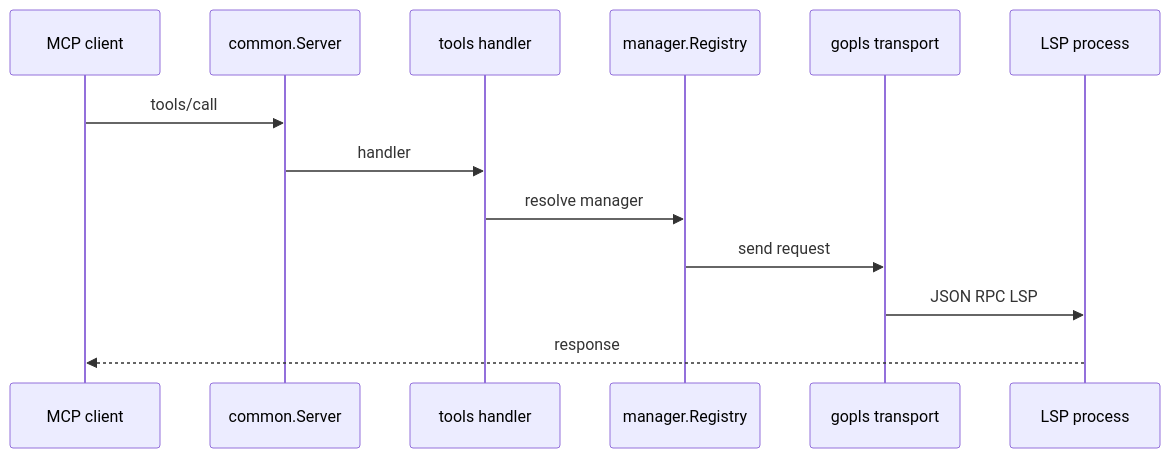
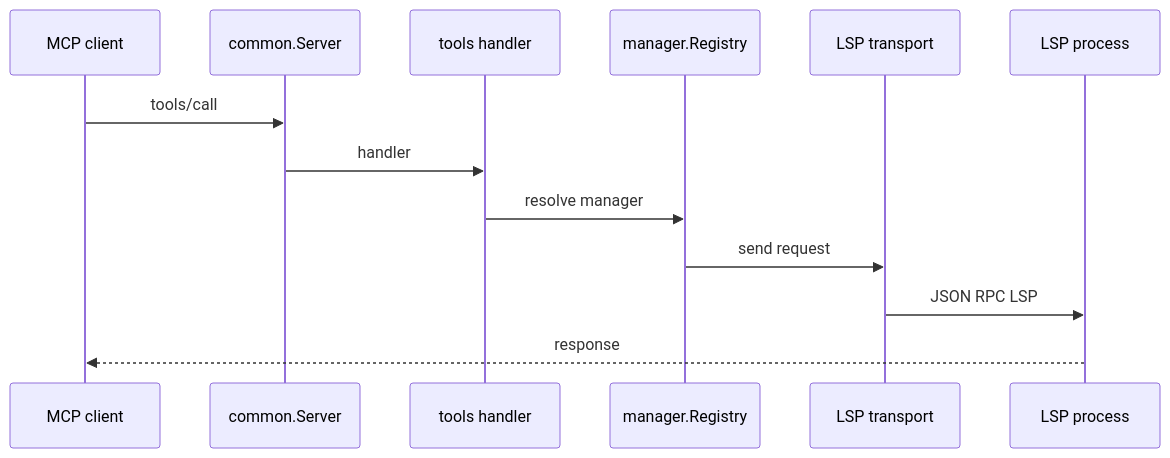
One commit to lihah111222333-cloud/Super-Dolphin-Agent-Cockpit changed the second of 3 diagrams in docs/doc/codemap/06-mcpserver.md. Above: the diagram before and after it, drawn with Mermaid. The commit also changed other lines of this file and 35 other files, not shown here.

````diff
--- a/docs/doc/codemap/06-mcpserver.md
+++ b/docs/doc/codemap/06-mcpserver.md
@@ -58,15 +58,15 @@
 ```mermaid
 sequenceDiagram
   participant C as MCP client
   participant S as common.Server
   participant T as tools handler
   participant R as manager.Registry
-  participant G as gopls transport
+  participant G as LSP transport
   participant L as LSP process
   C->>S: tools/call
   S->>T: handler
   T->>R: resolve manager
   R->>G: send request
   G->>L: JSON RPC LSP
   L-->>C: response
 ```
````
